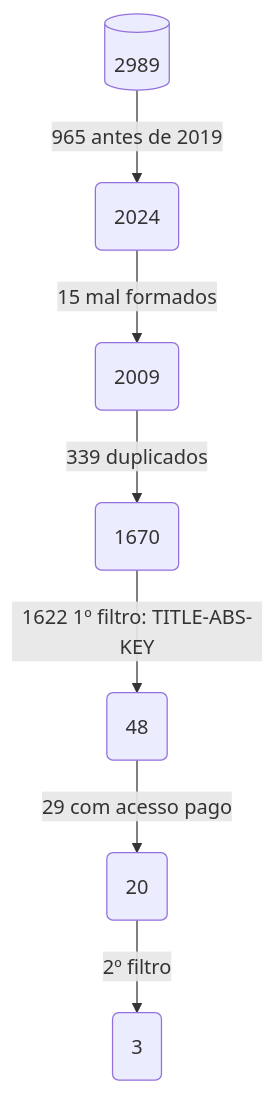
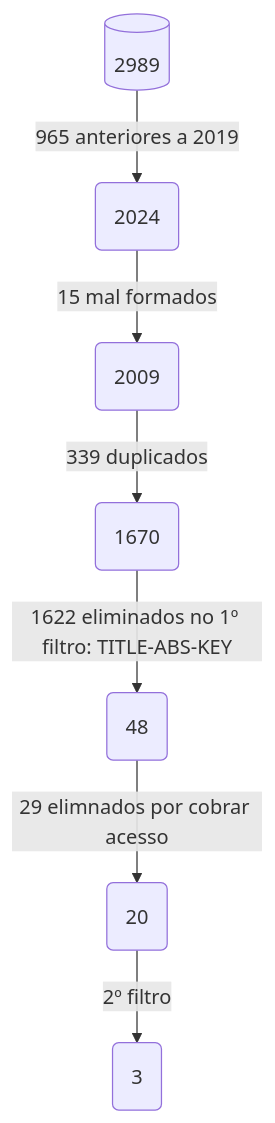
Before and after one commit to emanoelopes/-SBBD_DS4SG_2024_RSL: the diagram in flowchart.mermaid, drawn with Mermaid.

```diff
--- a/flowchart.mermaid
+++ b/flowchart.mermaid
@@ -1,7 +1,7 @@
 flowchart TD
-    A[(2989)] -->|965 antes de 2019| B(2024)
+    A[(2989)] -->|965 anteriores a 2019| B(2024)
     B --> |15 mal formados| C(2009)
-    C --> |339 duplicados | D(1670)
-    D --> |1622 1º filtro: TITLE-ABS-KEY | E(48)
-    E --> |29 com acesso pago| F(20)
+    C --> |339 duplicados| D(1670)
+    D --> |1622 eliminados no 1º filtro: TITLE-ABS-KEY | E(48)
+    E --> |29 elimnados por cobrar acesso| F(20)
     F --> |2º filtro| G(3)
```
